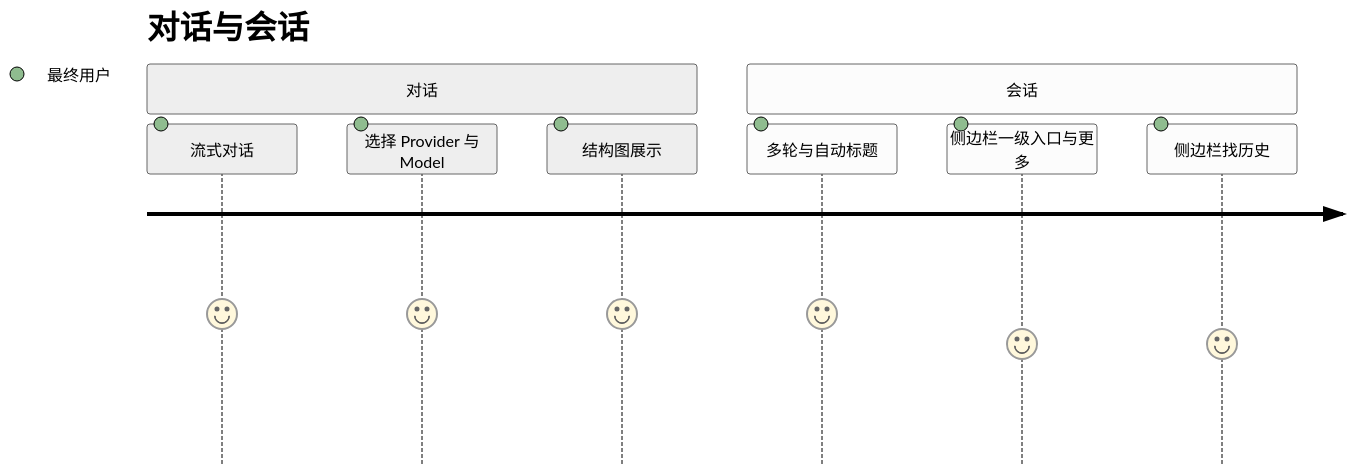
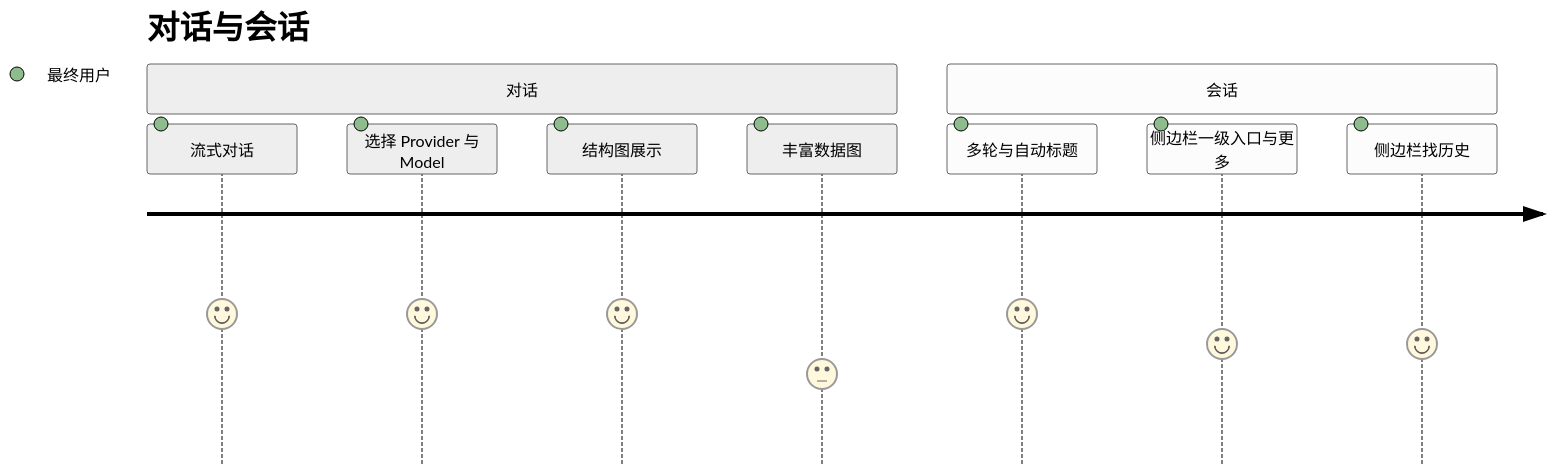
Before and after one commit to felixzhu97/explore-ai: the first of 4 diagrams in docs/product-owner/User-Story-Map.md, drawn with Mermaid (neutral theme). The commit also changed other lines of this file and 16 other files, not shown here.

First line of the commit message:
Expand chat data chart types and series (#393)

````diff
--- a/docs/product-owner/User-Story-Map.md
+++ b/docs/product-owner/User-Story-Map.md
@@ -26,12 +26,13 @@
 ```mermaid
 journey
     title 对话与会话
     section 对话
         流式对话: 5: 最终用户
         选择 Provider 与 Model: 5: 最终用户
         结构图展示: 5: 最终用户
+        丰富数据图: 3: 最终用户
     section 会话
         多轮与自动标题: 5: 最终用户
         侧边栏一级入口与更多: 4: 最终用户
         侧边栏找历史: 4: 最终用户
 ```
````
